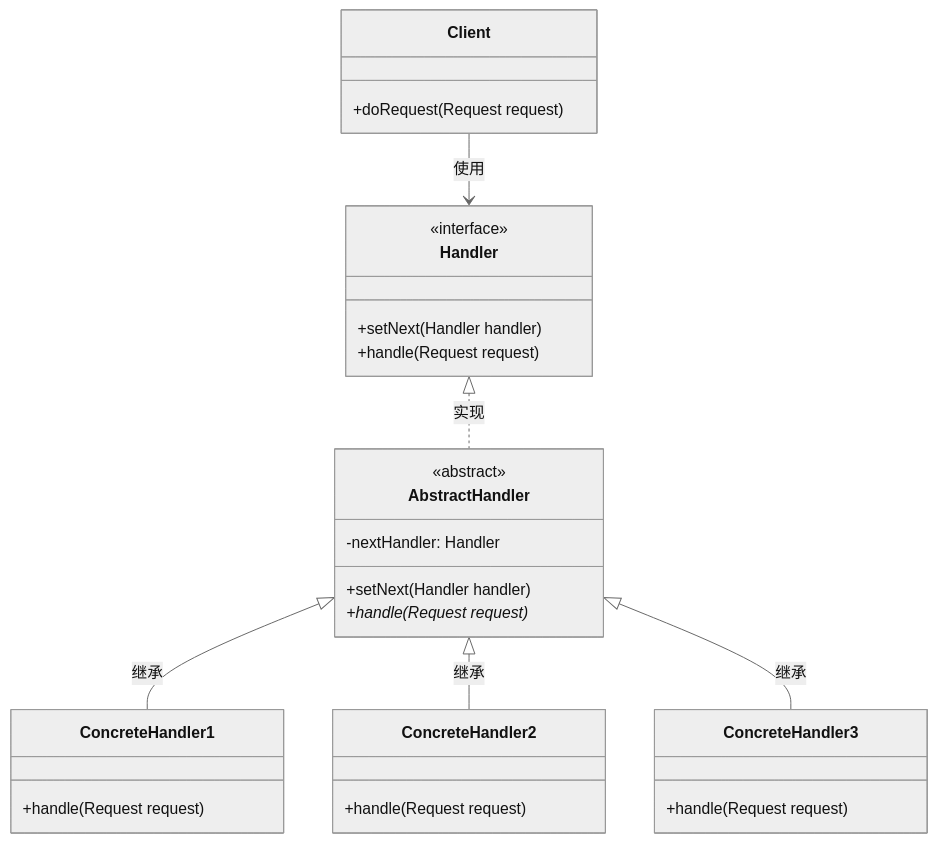
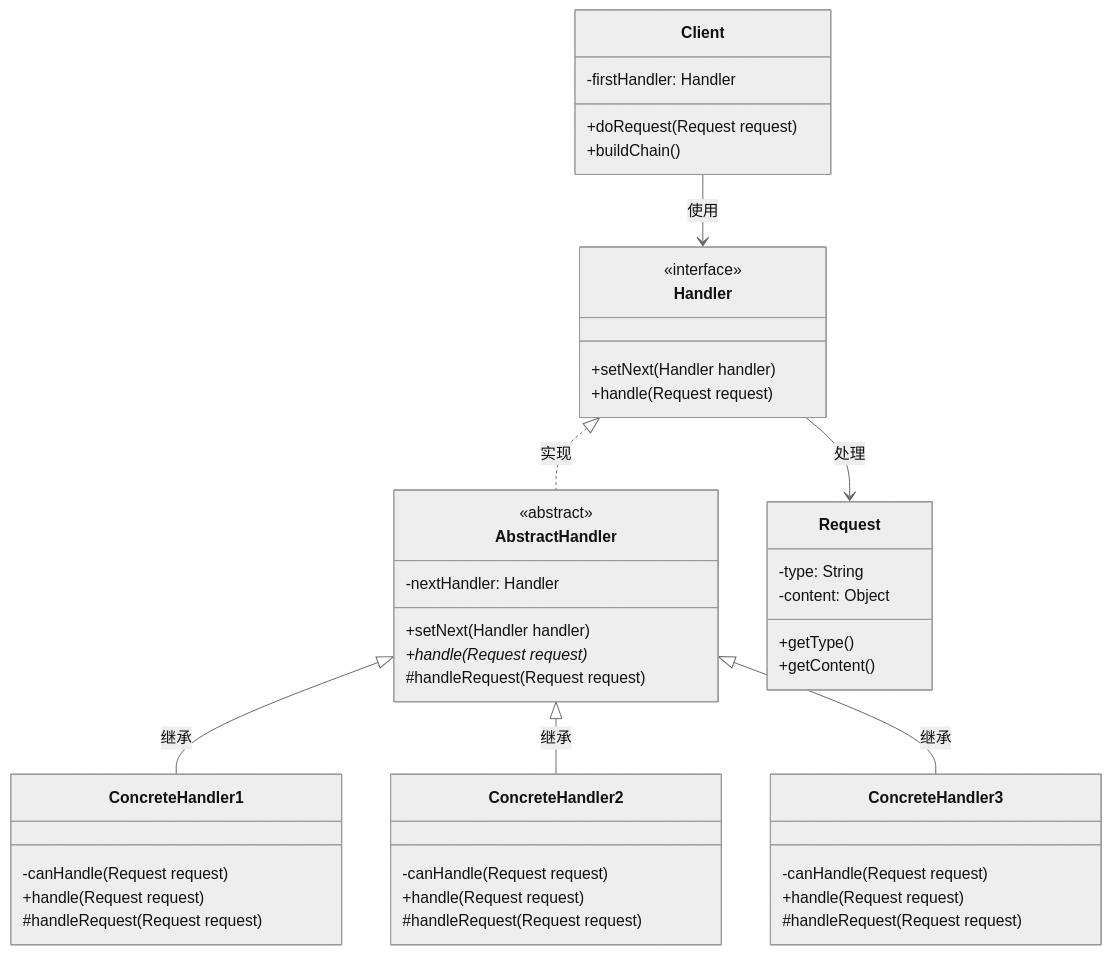
The first of 7 diagrams in 设计模式/【设计模式】责任链模式.md (zengwenliang416/Persional-Notes), drawn with Mermaid (neutral theme) before and after one commit. The commit also changed other lines of this file and 1 other file, not shown here.

Commit message:
docs：📝：添加责任链模式的流程图和架构图

````diff
--- a/设计模式/【设计模式】责任链模式.md
+++ b/设计模式/【设计模式】责任链模式.md
@@ -14,37 +65,54 @@
 ```mermaid
 classDiagram
     class Handler {
         <<interface>>
         +setNext(Handler handler)
         +handle(Request request)
     }
     
     class AbstractHandler {
         <<abstract>>
         -nextHandler: Handler
         +setNext(Handler handler)
         +handle(Request request)*
+        #handleRequest(Request request)
     }
     
     class ConcreteHandler1 {
+        -canHandle(Request request)
         +handle(Request request)
+        #handleRequest(Request request)
     }
     
     class ConcreteHandler2 {
+        -canHandle(Request request)
         +handle(Request request)
+        #handleRequest(Request request)
     }
     
     class ConcreteHandler3 {
+        -canHandle(Request request)
         +handle(Request request)
+        #handleRequest(Request request)
+    }
+    
+    class Request {
+        -type: String
+        -content: Object
+        +getType()
+        +getContent()
     }
     
     class Client {
+        -firstHandler: Handler
         +doRequest(Request request)
+        +buildChain()
     }
     
     Handler <|.. AbstractHandler : 实现
     AbstractHandler <|-- ConcreteHandler1 : 继承
     AbstractHandler <|-- ConcreteHandler2 : 继承
     AbstractHandler <|-- ConcreteHandler3 : 继承
     Client --> Handler : 使用
+    Handler --> Request : 处理
 ```
````
